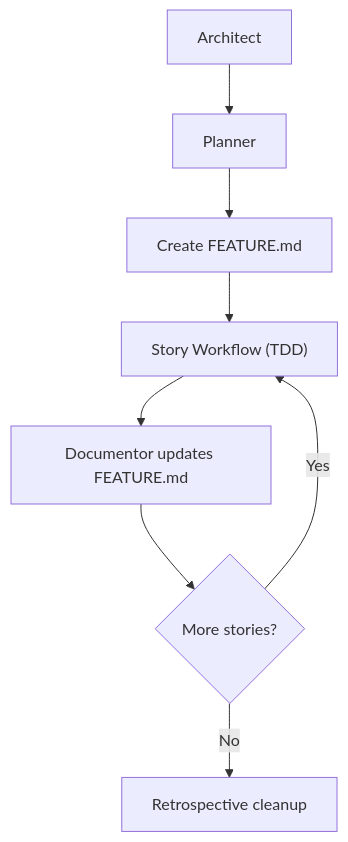
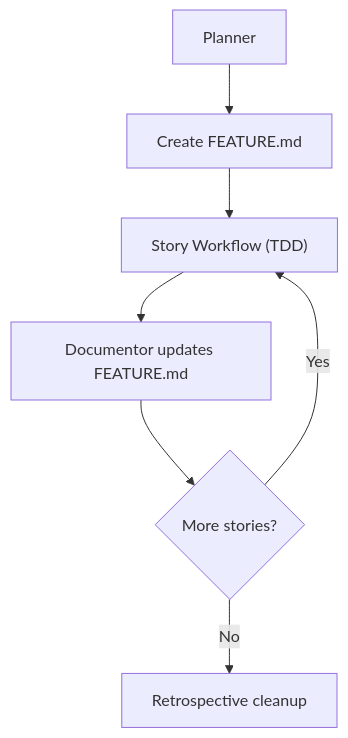
Before and after one commit to raystorm/Q-TguDiilt: the second of 6 diagrams in docs/dev/workflow-patterns.md, drawn with Mermaid. The commit also changed other lines of this file and 55 other files, not shown here.

````diff
--- a/docs/dev/workflow-patterns.md
+++ b/docs/dev/workflow-patterns.md
@@ -130,10 +129,9 @@
 ```mermaid
 flowchart TD
-   A[Architect] --> P[Planner]
-   P --> FM["Create FEATURE.md"]
+   P[Planner] --> FM["Create FEATURE.md"]
    FM --> S["Story Workflow (TDD)"]
    S --> DU["Documentor updates FEATURE.md"]
    DU --> MORE{More stories?}
    MORE -- Yes --> S
    MORE -- No --> RET[Retrospective cleanup]
 ```
````
